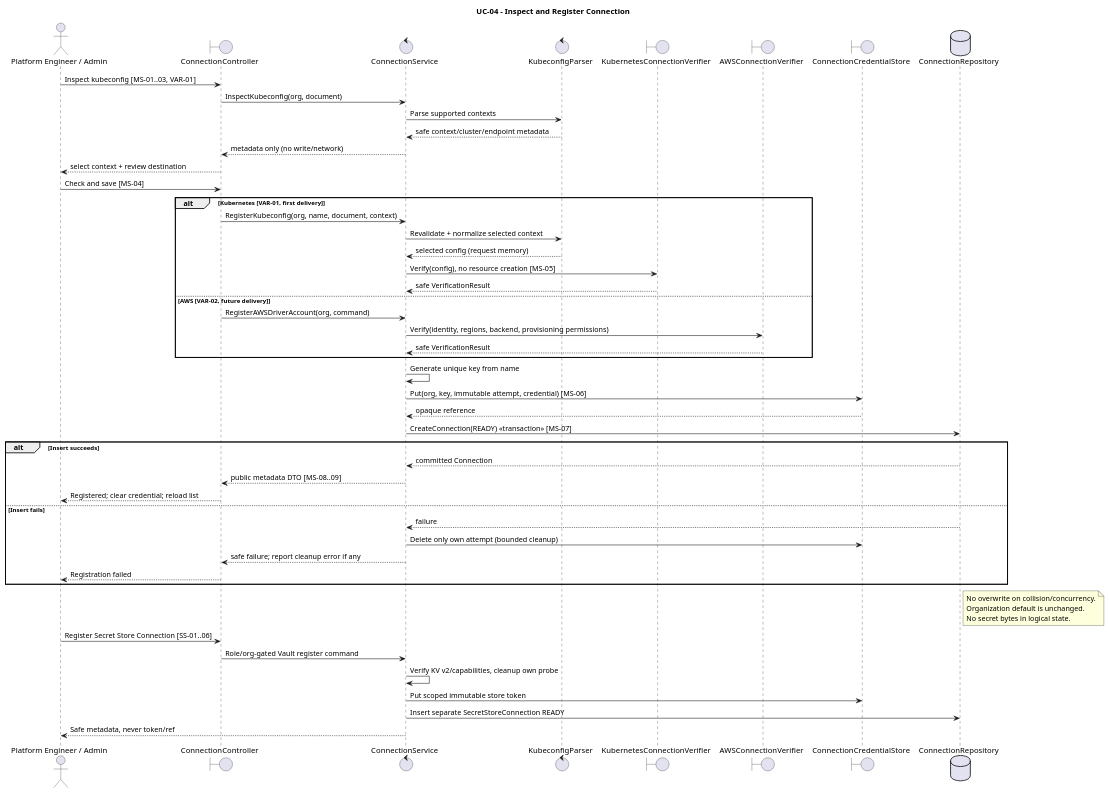
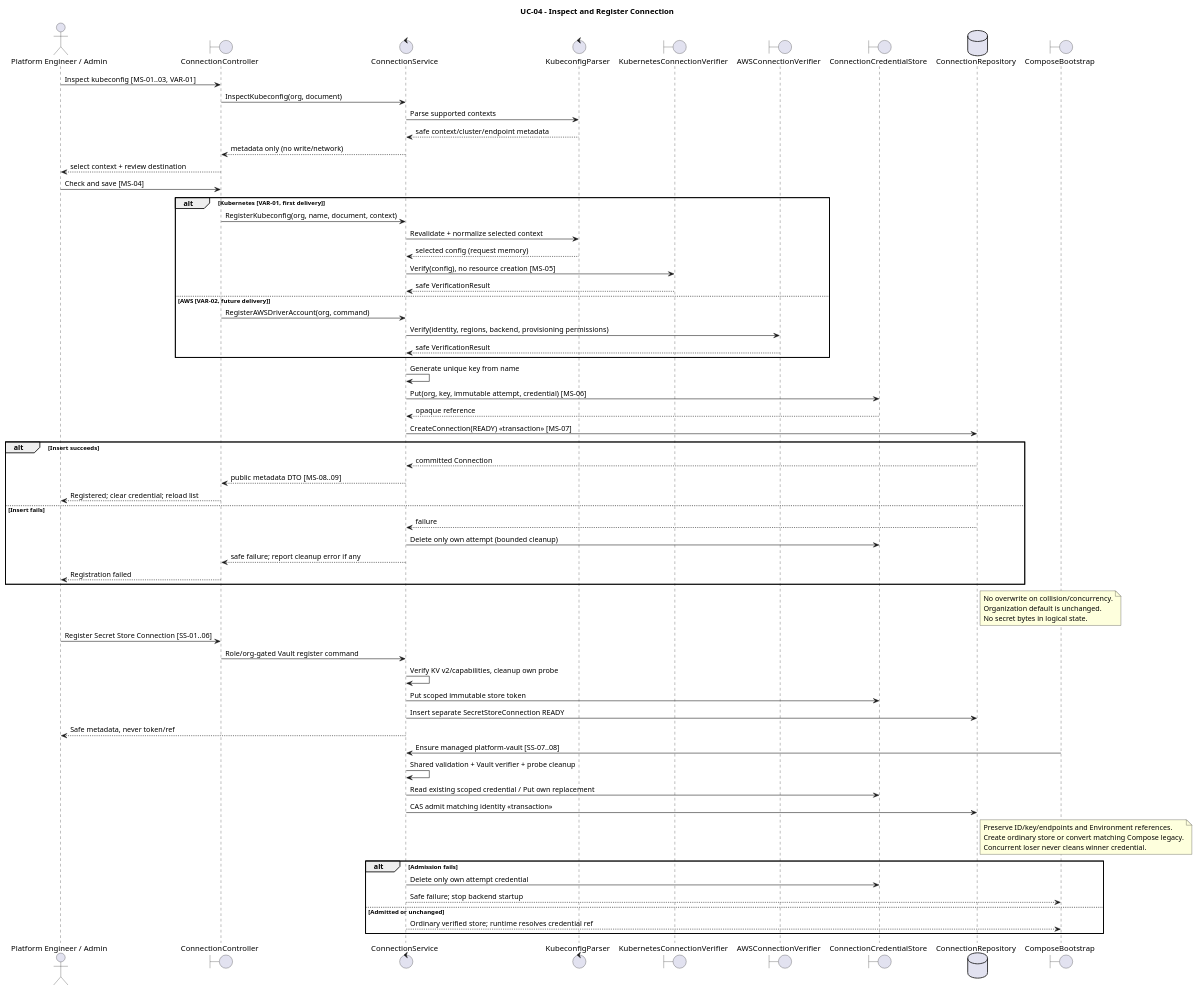
One commit to pr3s3nt/poc changed the diagram in orchestrator_docs/usecase/UC-04/sequence.puml. Above: the diagram before and after it, drawn with PlantUML. The commit also changed 31 other files, not shown here.

Commit message:
fix: register bundled Compose Vault as ordinary secret store

```diff
--- a/orchestrator_docs/usecase/UC-04/sequence.puml
+++ b/orchestrator_docs/usecase/UC-04/sequence.puml
@@ -1,54 +1,70 @@
 @startuml
 title UC-04 - Inspect and Register Connection
 actor "Platform Engineer / Admin" as PE
 boundary ConnectionController as API
 control ConnectionService as Service
 control KubeconfigParser as Parser
 boundary KubernetesConnectionVerifier as K8s
 boundary AWSConnectionVerifier as AWS
 boundary ConnectionCredentialStore as Secrets
 database ConnectionRepository as Repo
 PE -> API: Inspect kubeconfig [MS-01..03, VAR-01]
 API -> Service: InspectKubeconfig(org, document)
 Service -> Parser: Parse supported contexts
 Parser --> Service: safe context/cluster/endpoint metadata
 Service --> API: metadata only (no write/network)
 API --> PE: select context + review destination
 PE -> API: Check and save [MS-04]
 alt Kubernetes [VAR-01, first delivery]
   API -> Service: RegisterKubeconfig(org, name, document, context)
   Service -> Parser: Revalidate + normalize selected context
   Parser --> Service: selected config (request memory)
   Service -> K8s: Verify(config), no resource creation [MS-05]
   K8s --> Service: safe VerificationResult
 else AWS [VAR-02, future delivery]
   API -> Service: RegisterAWSDriverAccount(org, command)
   Service -> AWS: Verify(identity, regions, backend, provisioning permissions)
   AWS --> Service: safe VerificationResult
 end
 Service -> Service: Generate unique key from name
 Service -> Secrets: Put(org, key, immutable attempt, credential) [MS-06]
 Secrets --> Service: opaque reference
 Service -> Repo: CreateConnection(READY) <<transaction>> [MS-07]
 alt Insert succeeds
   Repo --> Service: committed Connection
   Service --> API: public metadata DTO [MS-08..09]
   API --> PE: Registered; clear credential; reload list
 else Insert fails
   Repo --> Service: failure
   Service -> Secrets: Delete only own attempt (bounded cleanup)
   Service --> API: safe failure; report cleanup error if any
   API --> PE: Registration failed
 end
 note right of Repo
 No overwrite on collision/concurrency.
 Organization default is unchanged.
 No secret bytes in logical state.
 end note
 PE -> API: Register Secret Store Connection [SS-01..06]
 API -> Service: Role/org-gated Vault register command
 Service -> Service: Verify KV v2/capabilities, cleanup own probe
 Service -> Secrets: Put scoped immutable store token
 Service -> Repo: Insert separate SecretStoreConnection READY
 Service --> PE: Safe metadata, never token/ref
+boundary ComposeBootstrap as Bootstrap
+Bootstrap -> Service: Ensure managed platform-vault [SS-07..08]
+Service -> Service: Shared validation + Vault verifier + probe cleanup
+Service -> Secrets: Read existing scoped credential / Put own replacement
+Service -> Repo: CAS admit matching identity <<transaction>>
+note right of Repo
+Preserve ID/key/endpoints and Environment references.
+Create ordinary store or convert matching Compose legacy.
+Concurrent loser never cleans winner credential.
+end note
+alt Admission fails
+  Service -> Secrets: Delete only own attempt credential
+  Service --> Bootstrap: Safe failure; stop backend startup
+else Admitted or unchanged
+  Service --> Bootstrap: Ordinary verified store; runtime resolves credential ref
+end
 @enduml
```
